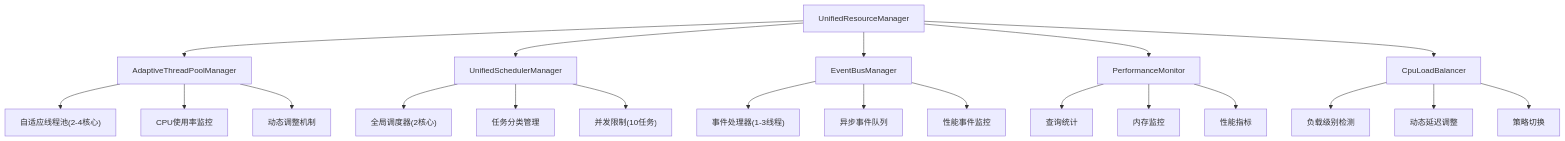
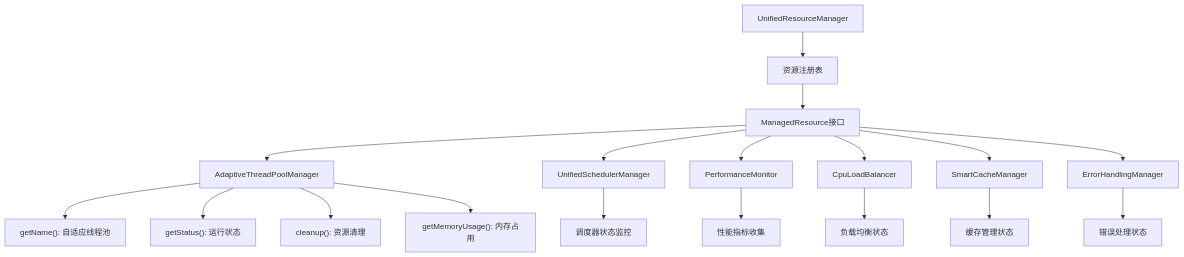
Before and after one commit to flover-luffy/newboy: diagram 17 of 21 in 口袋48消息详细处理流程图.md, drawn with Mermaid. The commit also changed other lines of this file and 43 other files, not shown here.

````diff
--- a/口袋48消息详细处理流程图.md
+++ b/口袋48消息详细处理流程图.md
@@ -316,28 +423,23 @@
 ```mermaid
 flowchart TD
-    A[UnifiedResourceManager] --> B[AdaptiveThreadPoolManager]
-    A --> C[UnifiedSchedulerManager]
-    A --> D[EventBusManager]
-    A --> E[PerformanceMonitor]
-    A --> F[CpuLoadBalancer]
+    A[UnifiedResourceManager] --> B[资源注册表]
+    B --> C[ManagedResource接口]
     
-    B --> G["自适应线程池(2-4核心)"]
-    B --> H["CPU使用率监控"]
-    B --> I["动态调整机制"]
+    C --> D[AdaptiveThreadPoolManager]
+    C --> E[UnifiedSchedulerManager]
+    C --> F[PerformanceMonitor]
+    C --> G[CpuLoadBalancer]
+    C --> H[SmartCacheManager]
+    C --> I[ErrorHandlingManager]
     
-    C --> J["全局调度器(2核心)"]
-    C --> K["任务分类管理"]
-    C --> L["并发限制(10任务)"]
+    D --> J["getName(): 自适应线程池"]
+    D --> K["getStatus(): 运行状态"]
+    D --> L["cleanup(): 资源清理"]
+    D --> M["getMemoryUsage(): 内存占用"]
     
-    D --> M["事件处理器(1-3线程)"]
-    D --> N["异步事件队列"]
-    D --> O["性能事件监控"]
-    
-    E --> P["查询统计"]
-    E --> Q["内存监控"]
-    E --> R["性能指标"]
-    
-    F --> S["负载级别检测"]
-    F --> T["动态延迟调整"]
-    F --> U["策略切换"]
+    E --> N["调度器状态监控"]
+    F --> O["性能指标收集"]
+    G --> P["负载均衡状态"]
+    H --> Q["缓存管理状态"]
+    I --> R["错误处理状态"]
 ```
````
